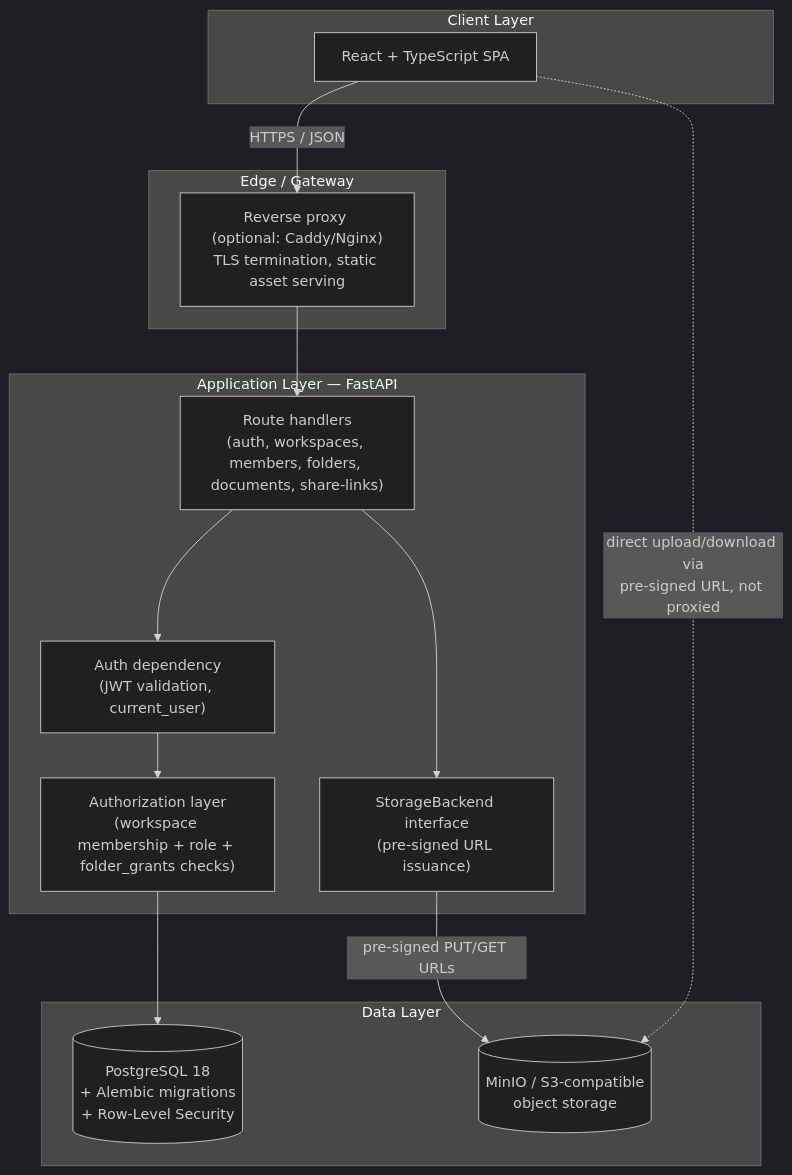
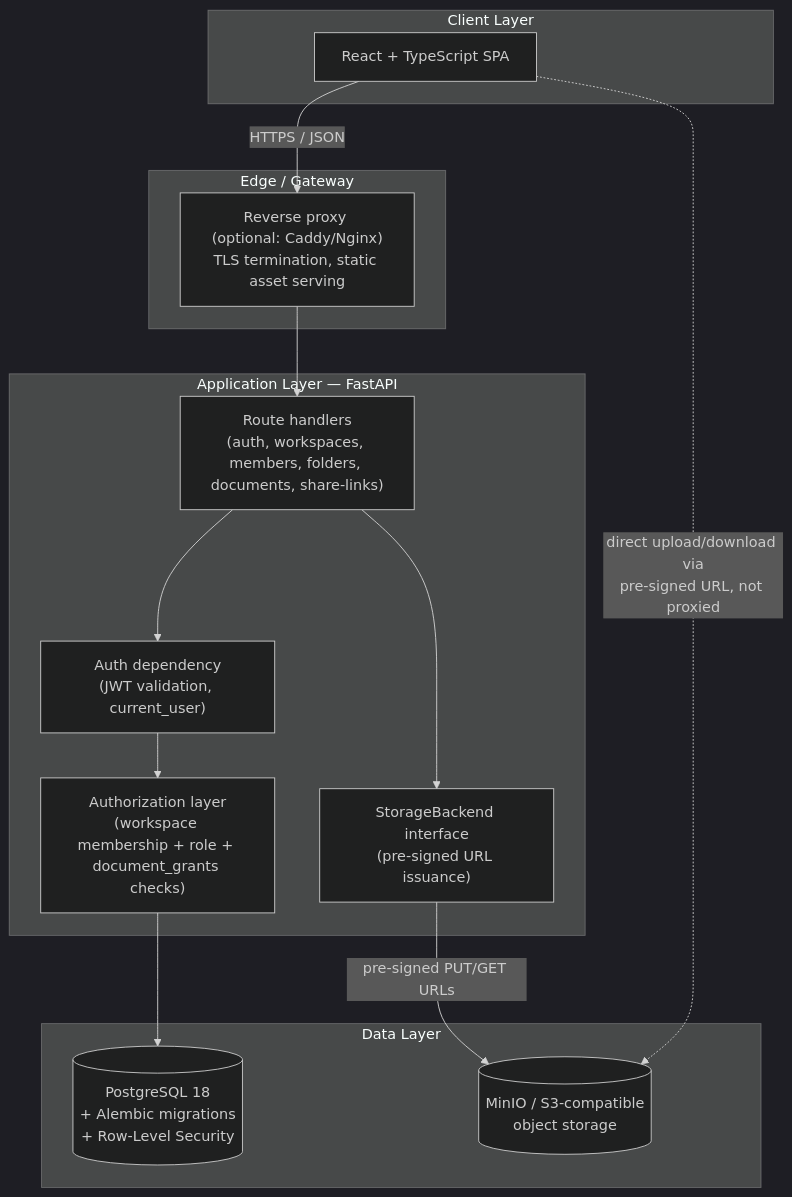
One commit to Amol892/DocVault changed the diagram in PRD/03-architecture.md. Above: the diagram before and after it, drawn with Mermaid (dark theme). The commit also changed other lines of this file and 144 other files, not shown here.

````diff
--- a/PRD/03-architecture.md
+++ b/PRD/03-architecture.md
@@ -5,28 +5,28 @@
 ```mermaid
 flowchart TB
     subgraph Client["Client Layer"]
         Browser["React + TypeScript SPA"]
     end
 
     subgraph Edge["Edge / Gateway"]
         Proxy["Reverse proxy (optional: Caddy/Nginx)<br/>TLS termination, static asset serving"]
     end
 
     subgraph App["Application Layer — FastAPI"]
         AuthMW["Auth dependency<br/>(JWT validation, current_user)"]
-        AuthZ["Authorization layer<br/>(workspace membership + role + folder_grants checks)"]
+        AuthZ["Authorization layer<br/>(workspace membership + role + document_grants checks)"]
         Routes["Route handlers<br/>(auth, workspaces, members, folders, documents, share-links)"]
         Storage["StorageBackend interface<br/>(pre-signed URL issuance)"]
     end
 
     subgraph Data["Data Layer"]
         PG[("PostgreSQL 18<br/>+ Alembic migrations<br/>+ Row-Level Security")]
         S3[("MinIO / S3-compatible<br/>object storage")]
     end
 
     Browser -->|HTTPS / JSON| Proxy --> Routes
     Routes --> AuthMW --> AuthZ --> PG
     Routes --> Storage
     Storage -->|pre-signed PUT/GET URLs| S3
     Browser -.->|direct upload/download via<br/>pre-signed URL, not proxied| S3
 ```
````
